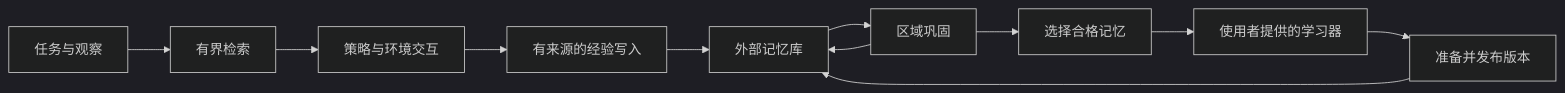
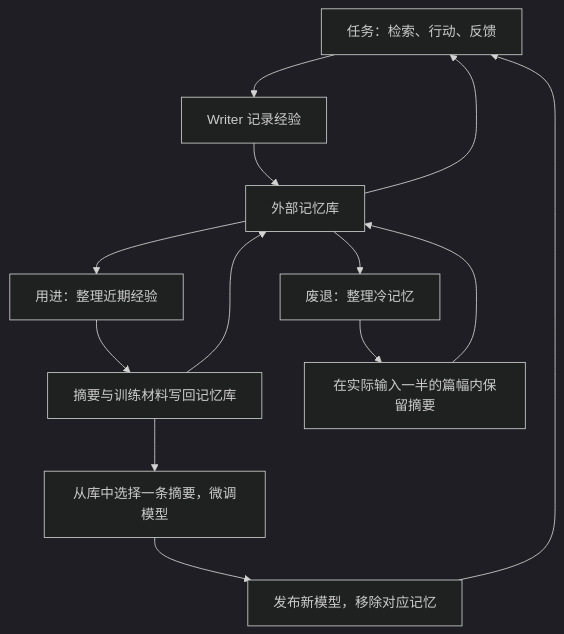
Before and after one commit to RuneTan/MemTurn: the diagram in docs/architecture.zh-CN.md, drawn with Mermaid (dark theme). The commit also changed other lines of this file and 29 other files, not shown here.

````diff
--- a/docs/architecture.zh-CN.md
+++ b/docs/architecture.zh-CN.md
@@ -7,13 +13,15 @@
 ```mermaid
-flowchart LR
-  T[任务与观察] --> R[有界检索]
-  R --> A[策略与环境交互]
-  A --> W[有来源的经验写入]
-  W --> B[外部记忆库]
-  B --> C[区域巩固]
-  C --> B
-  C --> S[选择合格记忆]
-  S --> L[使用者提供的学习器]
-  L --> P[准备并发布版本]
-  P --> B
+flowchart TD
+  T[任务：检索、行动、反馈] --> W[Writer 记录经验]
+  W --> M[外部记忆库]
+  M --> T
+  M --> U[用进：整理近期经验]
+  U --> S[摘要与训练材料写回记忆库]
+  S --> M
+  S --> L[从库中选择一条摘要，微调模型]
+  L --> P[发布新模型，移除对应记忆]
+  P --> T
+  M --> D[废退：整理冷记忆]
+  D --> H[在实际输入一半的篇幅内保留摘要]
+  H --> M
 ```
````
